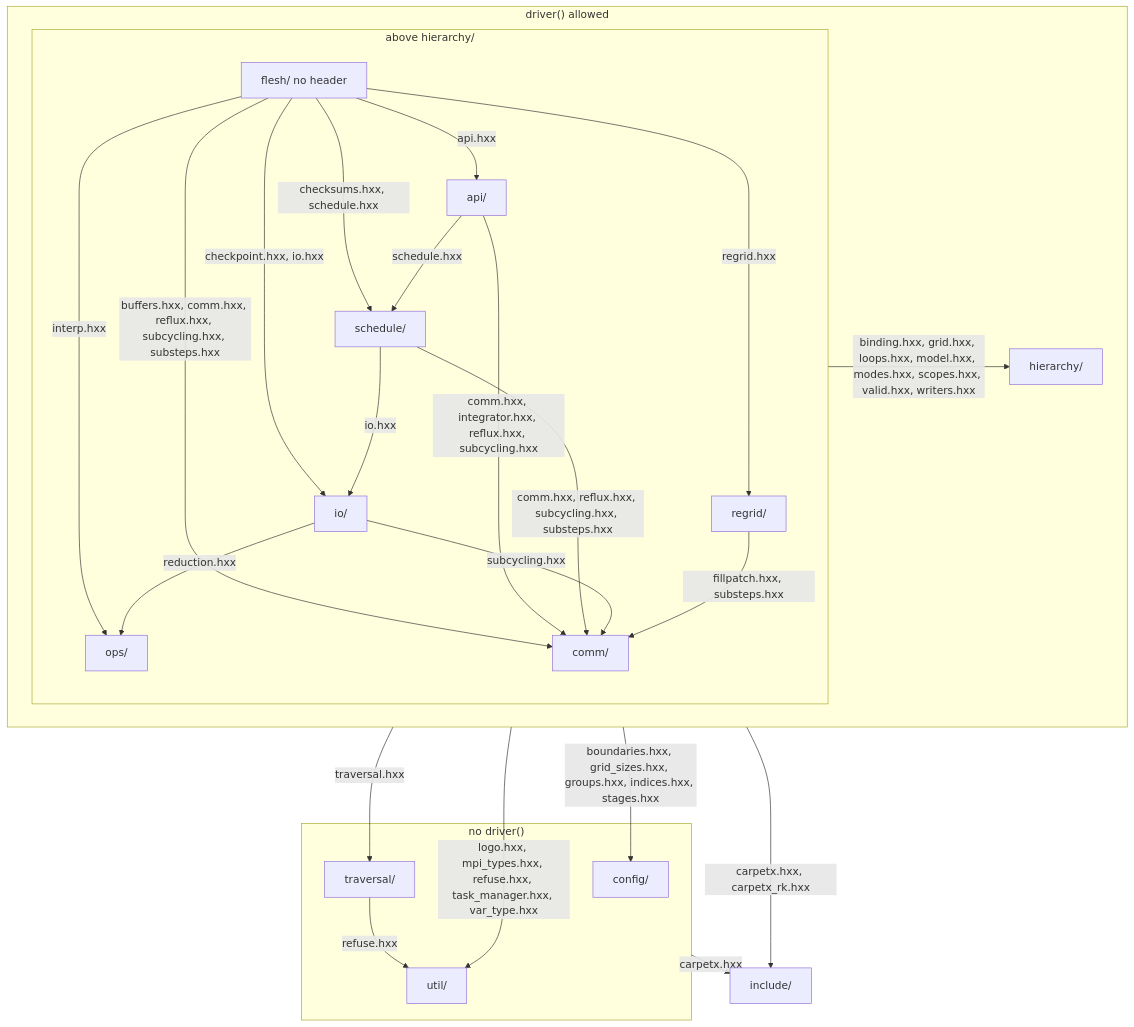
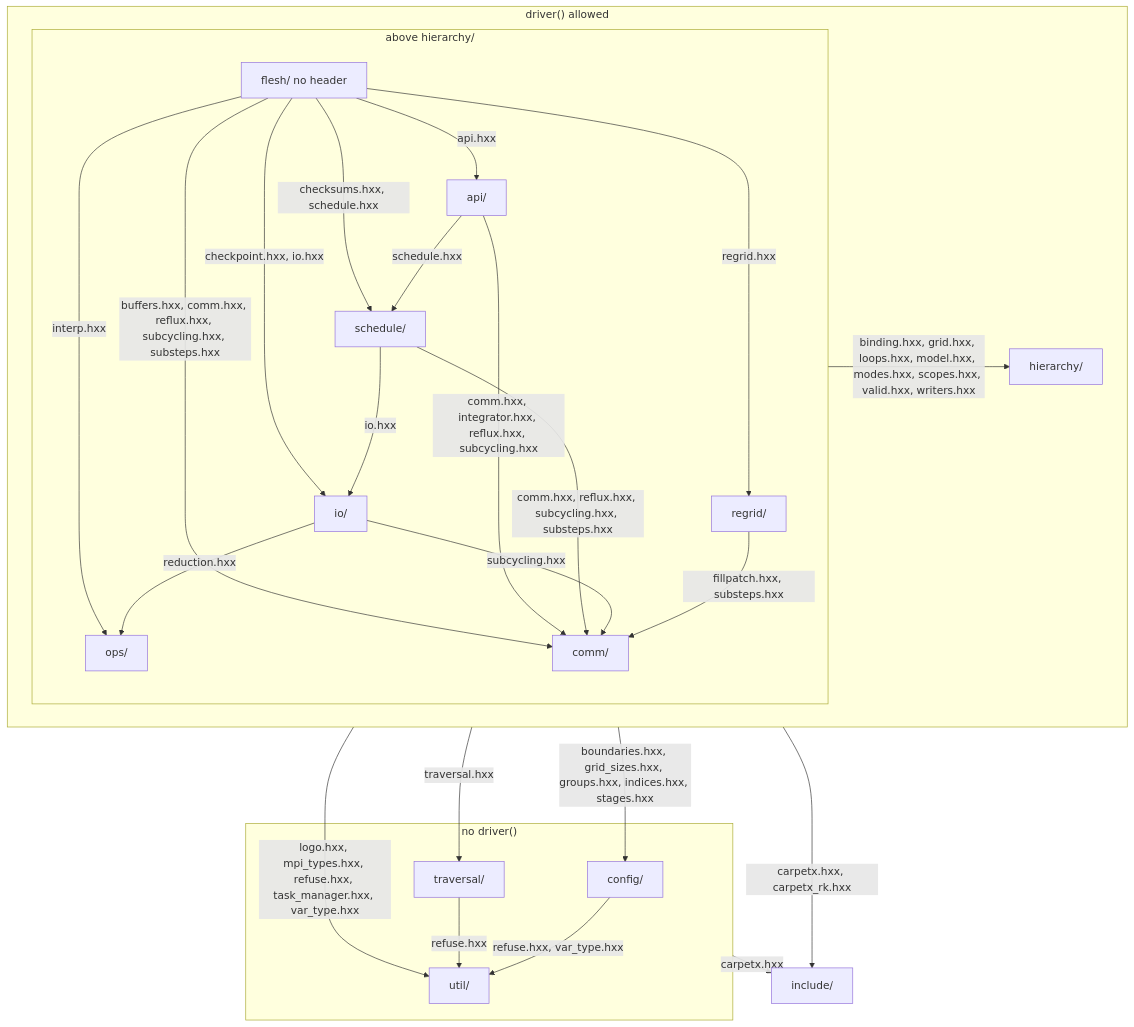
The first of 3 diagrams in agent_docs/carpetx-internals.md (lwJi/CarpetX), drawn with Mermaid before and after one commit. The commit also changed other lines of this file and 9 other files, not shown here.

````diff
--- a/agent_docs/carpetx-internals.md
+++ b/agent_docs/carpetx-internals.md
@@ -7,41 +7,42 @@
 ```mermaid
 flowchart TB
   subgraph door["driver() allowed"]
     subgraph above["above hierarchy/"]
       flesh["flesh/ no header"]
       api["api/"]
       schedule["schedule/"]
       io["io/"]
       ops["ops/"]
       regrid["regrid/"]
       comm["comm/"]
     end
     hierarchy["hierarchy/"]
   end
   subgraph nodoor["no driver()"]
     config["config/"]
     traversal["traversal/"]
     util["util/"]
   end
   include["include/"]
   flesh -- "api.hxx" --> api
   flesh -- "checksums.hxx, schedule.hxx" --> schedule
   flesh -- "checkpoint.hxx, io.hxx" --> io
   flesh -- "interp.hxx" --> ops
   flesh -- "regrid.hxx" --> regrid
   flesh -- "buffers.hxx, comm.hxx, reflux.hxx, subcycling.hxx, substeps.hxx" --> comm
   api -- "schedule.hxx" --> schedule
   api -- "comm.hxx, integrator.hxx, reflux.hxx, subcycling.hxx" --> comm
   schedule -- "io.hxx" --> io
   schedule -- "comm.hxx, reflux.hxx, subcycling.hxx, substeps.hxx" --> comm
   io -- "reduction.hxx" --> ops
   io -- "subcycling.hxx" --> comm
   regrid -- "fillpatch.hxx, substeps.hxx" --> comm
+  config -- "refuse.hxx, var_type.hxx" --> util
   traversal -- "refuse.hxx" --> util
   above -- "binding.hxx, grid.hxx, loops.hxx, model.hxx, modes.hxx, scopes.hxx, valid.hxx, writers.hxx" --> hierarchy
   door -- "boundaries.hxx, grid_sizes.hxx, groups.hxx, indices.hxx, stages.hxx" --> config
   door -- "traversal.hxx" --> traversal
   door -- "logo.hxx, mpi_types.hxx, refuse.hxx, task_manager.hxx, var_type.hxx" --> util
   door -- "carpetx.hxx, carpetx_rk.hxx" --> include
   nodoor -- "carpetx.hxx" --> include
 ```
````
